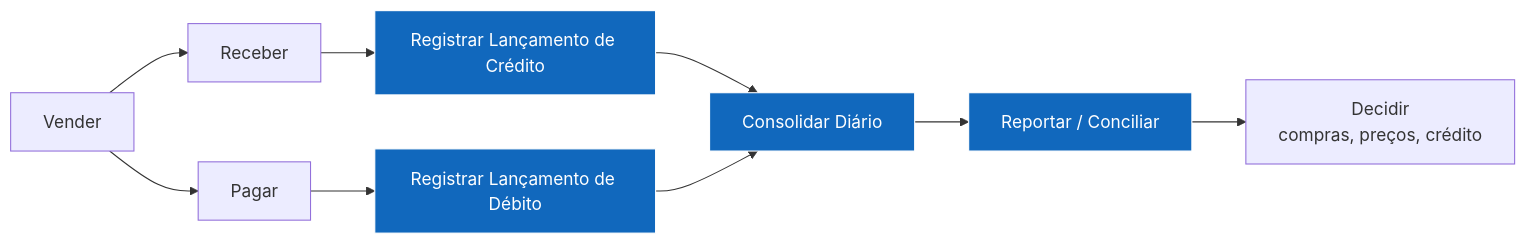
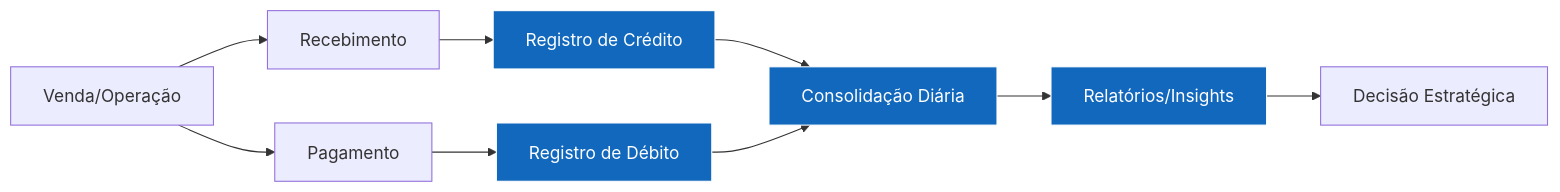
One commit to RenatoMarchisio/fluxodecaixa changed the first of 3 diagrams in documentos/dominio/dominio-e-capacidades.md. Above: the diagram before and after it, drawn with Mermaid. The commit also changed other lines of this file and 8 other files, not shown here.

````diff
--- a/documentos/dominio/dominio-e-capacidades.md
+++ b/documentos/dominio/dominio-e-capacidades.md
@@ -9,13 +11,14 @@
 ```mermaid
 flowchart LR
-  V1[Vender] --> V2[Receber]
-  V1 --> V3[Pagar]
-  V2 --> V4[Registrar Lançamento de Crédito]
-  V3 --> V5[Registrar Lançamento de Débito]
-  V4 --> V6[Consolidar Diário]
+  V1[Venda/Operação] --> V2[Recebimento]
+  V1 --> V3[Pagamento]
+  V2 --> V4[Registro de Crédito]
+  V3 --> V5[Registro de Débito]
+  V4 --> V6[Consolidação Diária]
   V5 --> V6
-  V6 --> V7[Reportar / Conciliar]
-  V7 --> V8[Decidir<br/>compras, preços, crédito]
+  V6 --> V7[Relatórios/Insights]
+  V7 --> V8[Decisão Estratégica]
+  
   classDef core fill:#1168bd,stroke:#fff,color:#fff;
   class V4,V5,V6,V7 core
 ```
````
